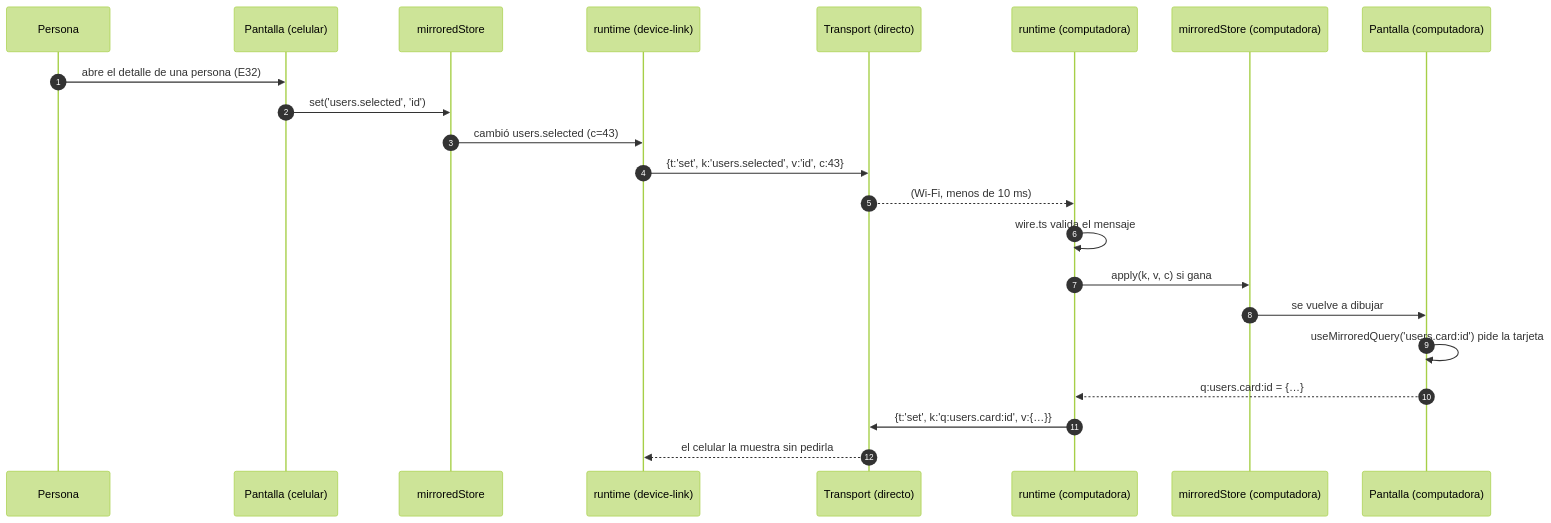
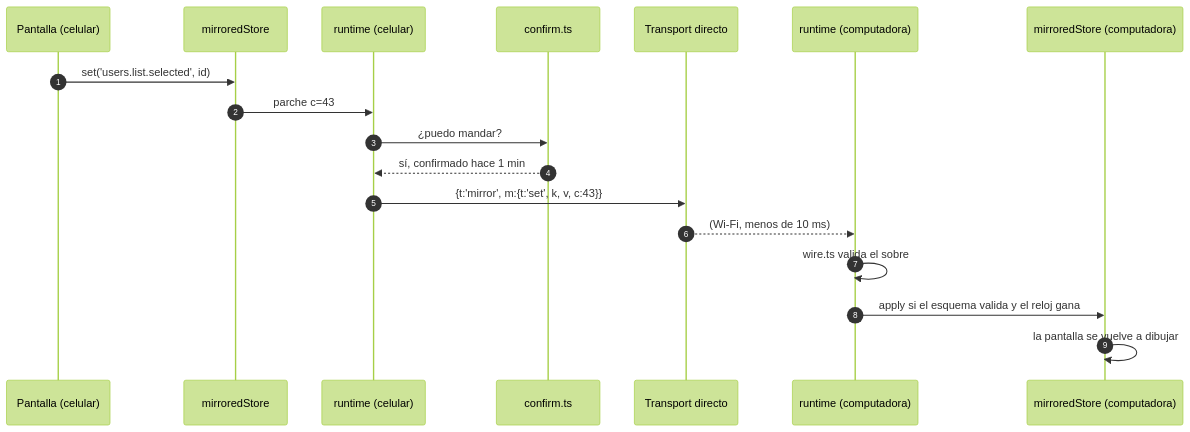
One commit to carlos-illobre/ferrebress changed the seventh of 13 diagrams in docs/technical/modules/device-link.md. Above: the diagram before and after it, drawn with Mermaid (forest theme). The commit also changed other lines of this file and 10 other files, not shown here.

````diff
--- a/docs/technical/modules/device-link.md
+++ b/docs/technical/modules/device-link.md
@@ -533,24 +619,20 @@
 ```mermaid
 sequenceDiagram
   autonumber
-  participant U as Persona
   participant SCR as Pantalla (celular)
   participant MS as mirroredStore
-  participant RUN as runtime (device-link)
-  participant T as Transport (directo)
+  participant RUN as runtime (celular)
+  participant CF as confirm.ts
+  participant T as Transport directo
   participant RUN2 as runtime (computadora)
   participant MS2 as mirroredStore (computadora)
-  participant SCR2 as Pantalla (computadora)
-  U->>SCR: abre el detalle de una persona (E32)
-  SCR->>MS: set('users.selected', 'id')
-  MS->>RUN: cambió users.selected (c=43)
-  RUN->>T: {t:'set', k:'users.selected', v:'id', c:43}
+  SCR->>MS: set('users.list.selected', id)
+  MS->>RUN: parche c=43
+  RUN->>CF: ¿puedo mandar?
+  CF-->>RUN: sí, confirmado hace 1 min
+  RUN->>T: {t:'mirror', m:{t:'set', k, v, c:43}}
   T-->>RUN2: (Wi-Fi, menos de 10 ms)
-  RUN2->>RUN2: wire.ts valida el mensaje
-  RUN2->>MS2: apply(k, v, c) si gana
-  MS2->>SCR2: se vuelve a dibujar
-  SCR2->>SCR2: useMirroredQuery('users.card:id') pide la tarjeta
-  SCR2-->>RUN2: q:users.card:id = {…}
-  RUN2->>T: {t:'set', k:'q:users.card:id', v:{…}}
-  T-->>RUN: el celular la muestra sin pedirla
+  RUN2->>RUN2: wire.ts valida el sobre
+  RUN2->>MS2: apply si el esquema valida y el reloj gana
+  MS2->>MS2: la pantalla se vuelve a dibujar
 ```
````
